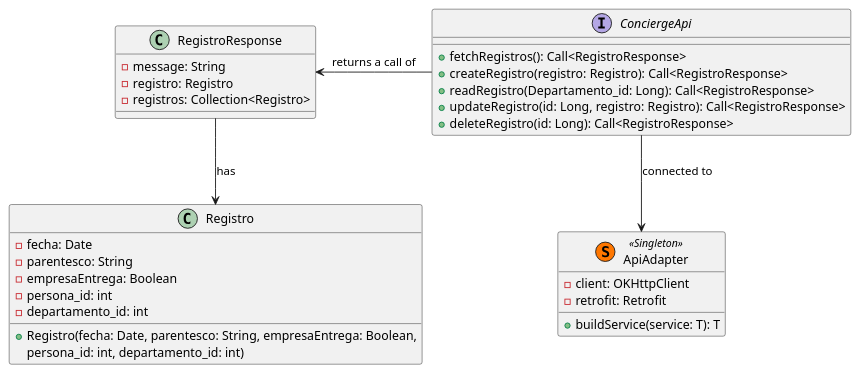
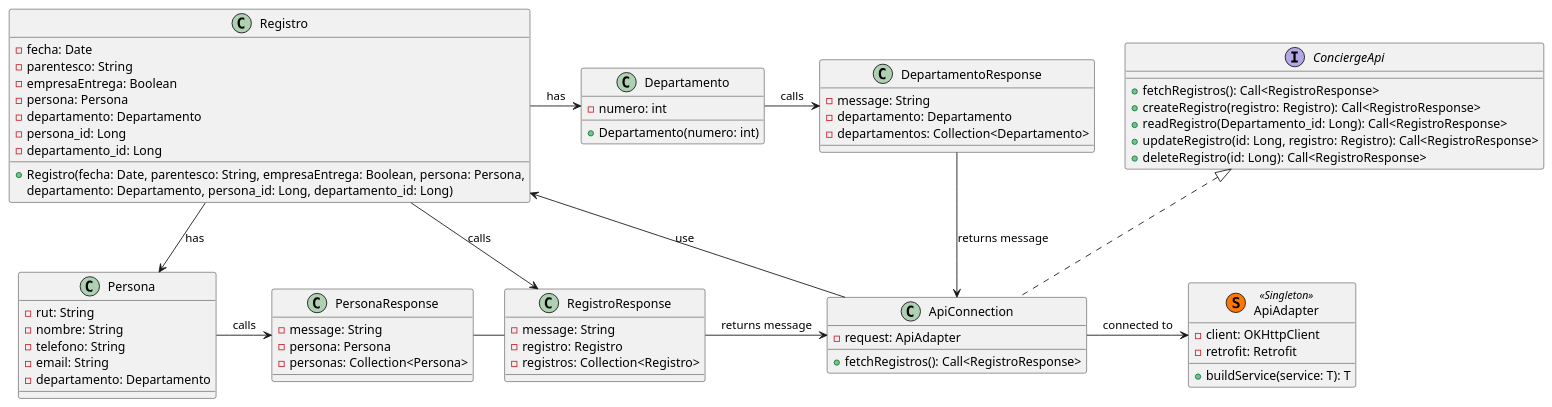
Before and after one commit to IgnacioNMiranda/concierge: the diagram in frontend/diagrama.clases.puml, drawn with PlantUML.

Commit message:
docs: Class diagram update (Android)

```diff
--- a/frontend/diagrama.clases.puml
+++ b/frontend/diagrama.clases.puml
@@ -1,38 +1,77 @@
 @startuml
+
+class Departamento {
+    - numero: int
+    + Departamento(numero: int)
+}
+
+class DepartamentoResponse {
+    - message: String
+    - departamento: Departamento
+    - departamentos: Collection<Departamento>
+}
+
+class Persona {
+    - rut: String
+    - nombre: String
+    - telefono: String
+    - email: String
+    - departamento: Departamento
+}
+
+class PersonaResponse {
+    - message: String
+    - persona: Persona
+    - personas: Collection<Persona>
+}
+
+class Registro {
+    - fecha: Date
+    - parentesco: String
+    - empresaEntrega: Boolean
+    - persona: Persona
+    - departamento: Departamento
+    - persona_id: Long
+    - departamento_id: Long
+
+    + Registro(fecha: Date, parentesco: String, empresaEntrega: Boolean, persona: Persona,
+     departamento: Departamento, persona_id: Long, departamento_id: Long)
+}
+
+class RegistroResponse {
+    - message: String
+    - registro: Registro
+    - registros: Collection<Registro>
+}
 
 Class ApiAdapter << (S,#FF7700) Singleton >> {
     - client: OKHttpClient
     - retrofit: Retrofit
     + buildService(service: T): T
 }
 
-class Registro {
-    - fecha: Date
-    - parentesco: String
-    - empresaEntrega: Boolean
-    - persona_id: int
-    - departamento_id: int
-
-    + Registro(fecha: Date, parentesco: String, empresaEntrega: Boolean,
-    persona_id: int, departamento_id: int)
-}
-
-class RegistroResponse {
-    - message: String
-    - registro: Registro
-    - registros: Collection<Registro>
+Class ApiConnection implements ConciergeApi {
+    - request: ApiAdapter
+    + fetchRegistros(): Call<RegistroResponse>
 }
 
 interface ConciergeApi {
     + fetchRegistros(): Call<RegistroResponse>
     + createRegistro(registro: Registro): Call<RegistroResponse>
     + readRegistro(Departamento_id: Long): Call<RegistroResponse>
     + updateRegistro(id: Long, registro: Registro): Call<RegistroResponse>
     + deleteRegistro(id: Long): Call<RegistroResponse>
 }
 
-ConciergeApi -down-> ApiAdapter : connected to
-ConciergeApi -left-> RegistroResponse : returns a call of
-RegistroResponse -down-> Registro : has
+ApiConnection -right-> ApiAdapter : connected to
+ApiConnection -left-> Registro : use
+Departamento -right-> DepartamentoResponse: calls
+Persona -right-> PersonaResponse: calls
+Registro -down-> RegistroResponse : calls
+Registro -right-> Departamento: has
+Registro -down-> Persona: has
+DepartamentoResponse -down-> ApiConnection : returns message
+PersonaResponse -right- RegistroResponse
+RegistroResponse -right-> ApiConnection : returns message
 
 @enduml
```
